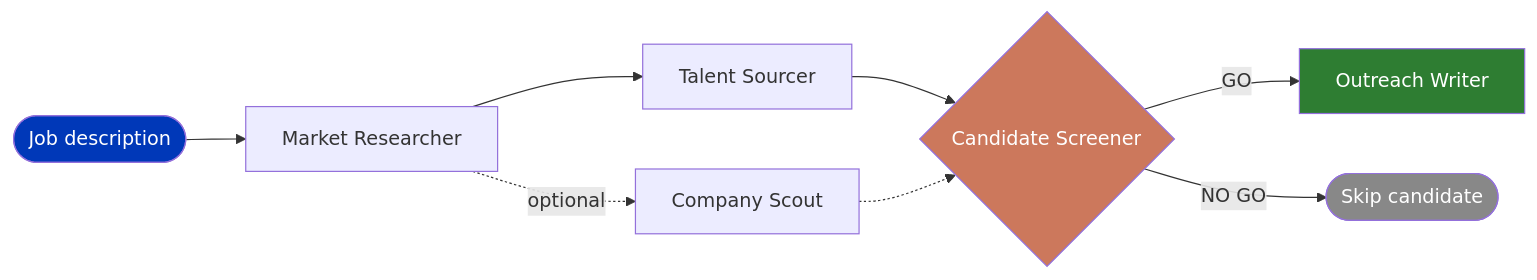
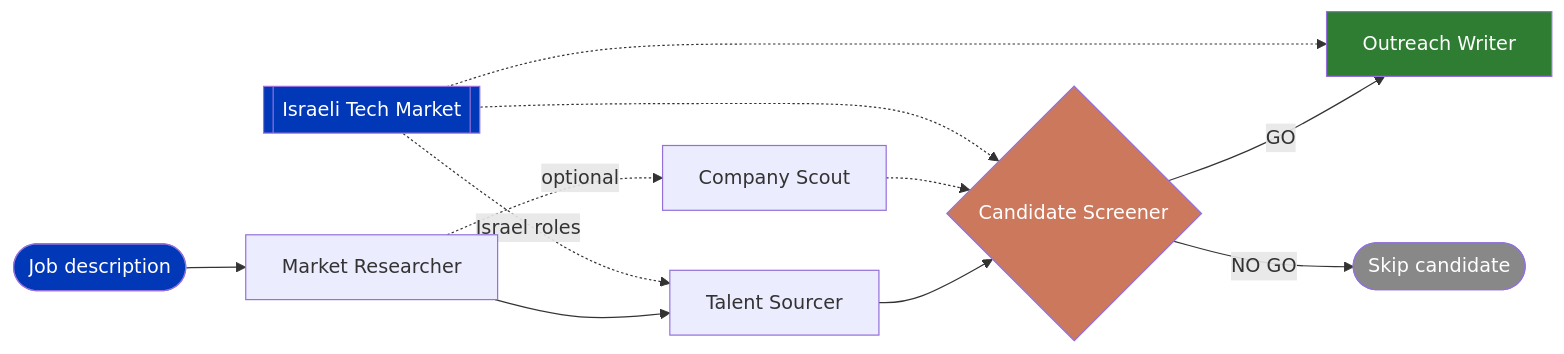
One commit to gehtalexey/sourcing-sabra changed the diagram in README.md. Above: the diagram before and after it, drawn with Mermaid. The commit also changed other lines of this file, not shown here.

Commit message:
README: remove photo placeholder, add Israeli market skill to the flow chart

````diff
--- a/README.md
+++ b/README.md
@@ -22,15 +22,19 @@
 ```mermaid
 flowchart LR
     JD([Job description]) --> MR[Market Researcher]
     MR --> TS[Talent Sourcer]
     MR -.optional.-> CS[Company Scout]
     TS --> CR{Candidate Screener}
     CS -.-> CR
     CR -->|GO| OW[Outreach Writer]
     CR -->|NO GO| Skip([Skip candidate])
+    IL[[Israeli Tech Market]] -.Israel roles.-> TS
+    IL -.-> CR
+    IL -.-> OW
 
     style JD fill:#0038b8,color:#fff
+    style IL fill:#0038b8,color:#fff
     style CR fill:#CC785C,color:#fff
     style OW fill:#2e7d32,color:#fff
     style Skip fill:#888,color:#fff
 ```
````
